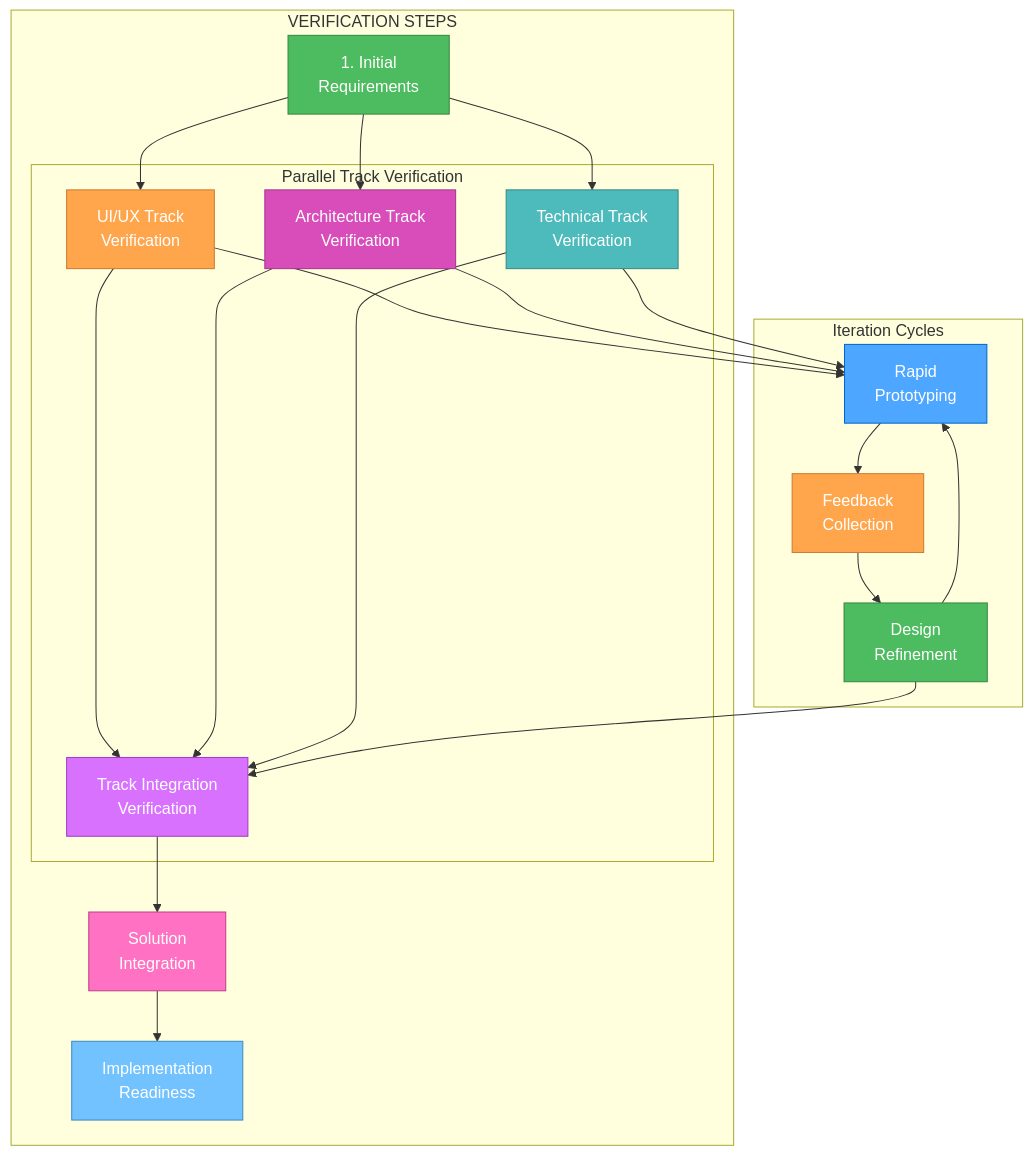
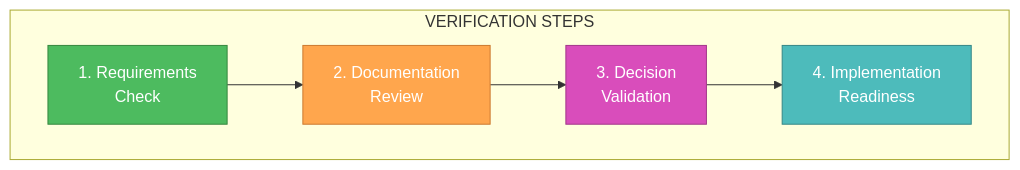
The third of 4 diagrams in .cursor/rules/isolation_rules/Core/creative-phase-enforcement.mdc (7Spade/cursor-memory-bank), drawn with Mermaid before and after one commit. The commit also changed other lines of this file and 4 other files, not shown here.

Commit message:
feat: Revise creative phase enforcement and metrics documentation; streamline task tracking processes, enhance verification protocols, and update task entry templates to improve clarity and efficiency in project management.

````diff
--- a/.cursor/rules/isolation_rules/Core/creative-phase-enforcement.mdc
+++ b/.cursor/rules/isolation_rules/Core/creative-phase-enforcement.mdc
@@ -187,47 +95,16 @@
 ```mermaid
 graph TD
     subgraph "VERIFICATION STEPS"
-        V1["1. Initial<br>Requirements"]
-        
-        subgraph "Parallel Track Verification"
-            V2A["UI/UX Track<br>Verification"]
-            V2B["Architecture Track<br>Verification"]
-            V2C["Technical Track<br>Verification"]
-            
-            V2A --> V2D["Track Integration<br>Verification"]
-            V2B --> V2D
-            V2C --> V2D
-        end
-        
-        V2D --> V3["Solution<br>Integration"]
-        V3 --> V4["Implementation<br>Readiness"]
-        
-        V1 --> V2A
-        V1 --> V2B
-        V1 --> V2C
+    V1["1. Requirements<br>Check"]
+    V2["2. Documentation<br>Review"]
+    V3["3. Decision<br>Validation"]
+    V4["4. Implementation<br>Readiness"]
     end
     
-    subgraph "Iteration Cycles"
-        I1["Rapid<br>Prototyping"]
-        I2["Feedback<br>Collection"]
-        I3["Design<br>Refinement"]
-        
-        I1 --> I2 --> I3 --> I1
-    end
-    
-    V2A --> I1
-    V2B --> I1
-    V2C --> I1
-    I3 --> V2D
+    V1 --> V2 --> V3 --> V4
     
     style V1 fill:#4dbb5f,stroke:#36873f,color:white
-    style V2A fill:#ffa64d,stroke:#cc7a30,color:white
-    style V2B fill:#d94dbb,stroke:#a3378a,color:white
-    style V2C fill:#4dbbbb,stroke:#368787,color:white
-    style V2D fill:#d971ff,stroke:#a33bc2,color:white
-    style V3 fill:#ff71c2,stroke:#c23b8a,color:white
-    style V4 fill:#71c2ff,stroke:#3b8ac2,color:white
-    style I1 fill:#4da6ff,stroke:#0066cc,color:white
-    style I2 fill:#ffa64d,stroke:#cc7a30,color:white
-    style I3 fill:#4dbb5f,stroke:#36873f,color:white
+    style V2 fill:#ffa64d,stroke:#cc7a30,color:white
+    style V3 fill:#d94dbb,stroke:#a3378a,color:white
+    style V4 fill:#4dbbbb,stroke:#368787,color:white
 ```
````
